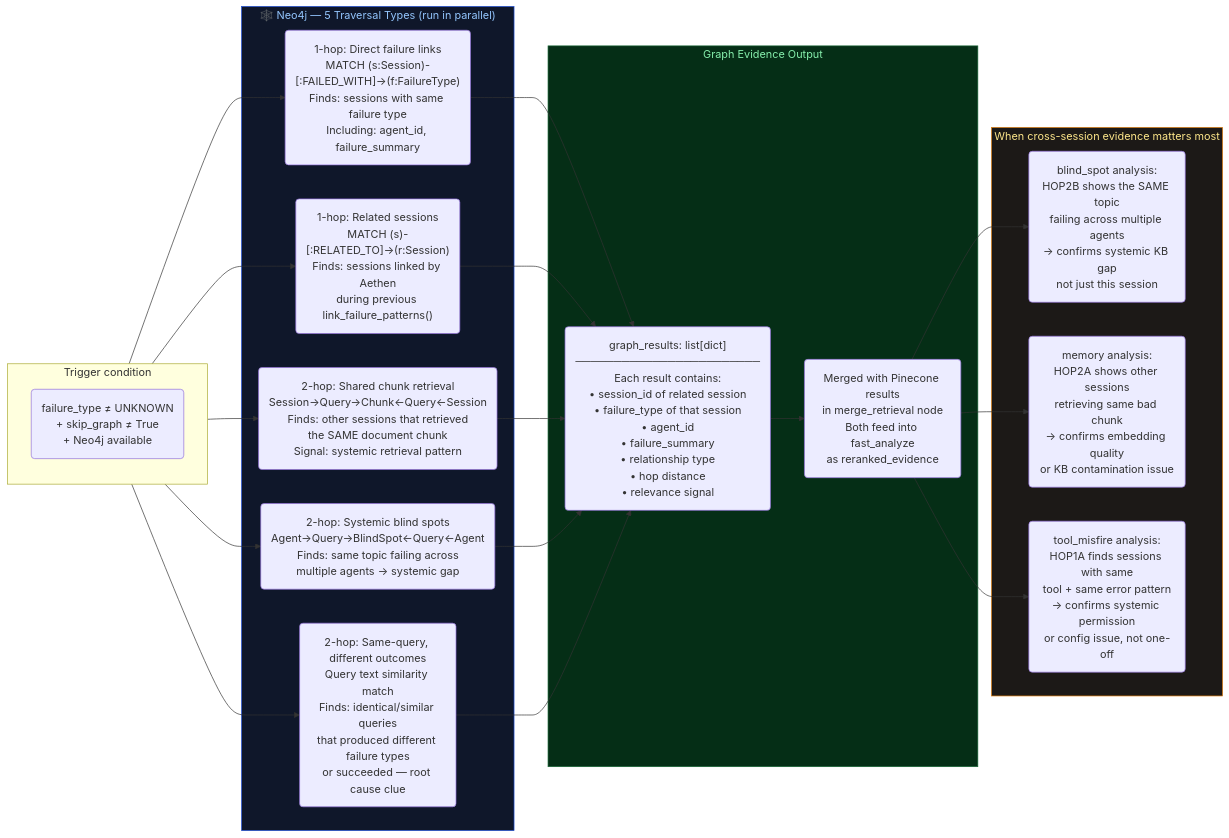
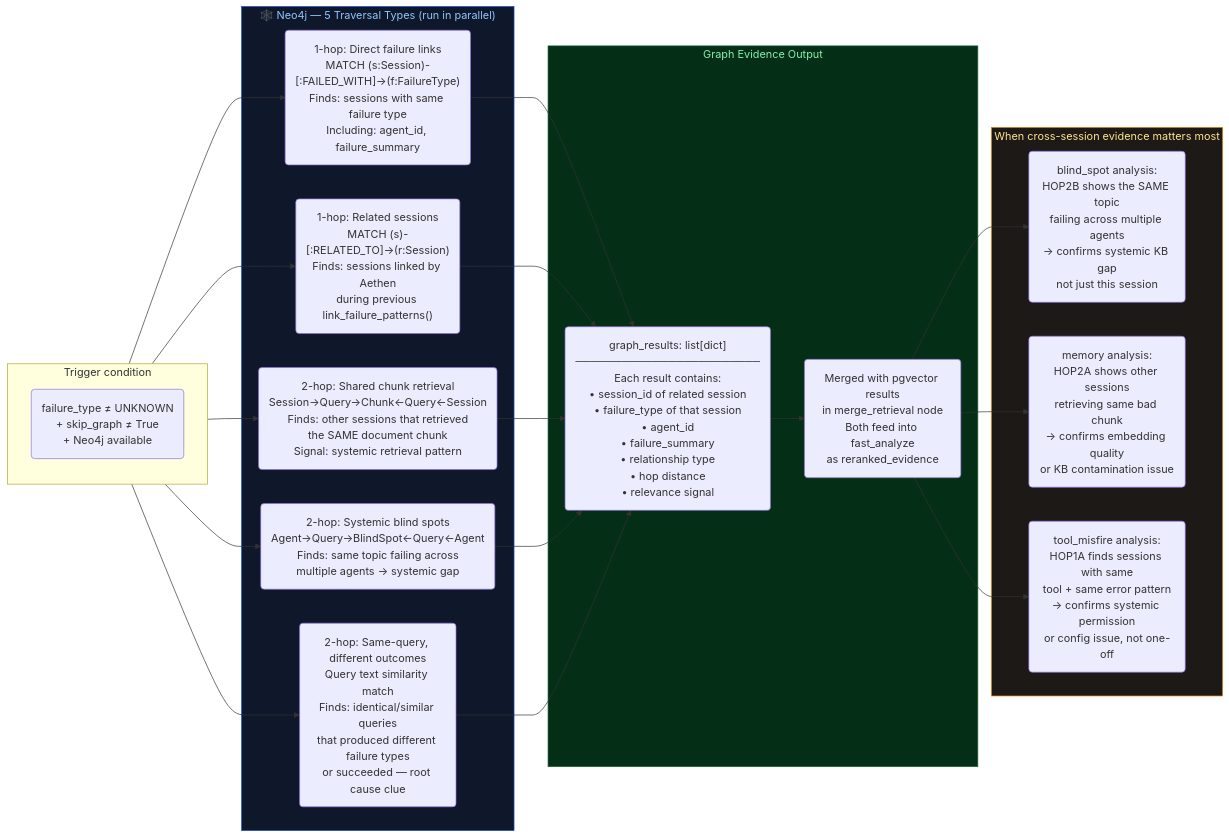
Before and after one commit to codeman403/aethen-ai: the second of 4 diagrams in docs/adal/aethen_internal_flow.md, drawn with Mermaid. The commit also changed other lines of this file and 19 other files, not shown here.

````diff
--- a/docs/adal/aethen_internal_flow.md
+++ b/docs/adal/aethen_internal_flow.md
@@ -92,35 +92,35 @@
 ```mermaid
 flowchart LR
     subgraph TRIGGER["Trigger condition"]
         T1("failure_type ≠ UNKNOWN\n+ skip_graph ≠ True\n+ Neo4j available")
     end
 
     subgraph TRAVERSALS["🕸️ Neo4j — 5 Traversal Types (run in parallel)"]
         HOP1A("1-hop: Direct failure links\nMATCH (s:Session)-[:FAILED_WITH]→(f:FailureType)\nFinds: sessions with same failure type\nIncluding: agent_id, failure_summary")
         HOP1B("1-hop: Related sessions\nMATCH (s)-[:RELATED_TO]→(r:Session)\nFinds: sessions linked by Aethen\nduring previous link_failure_patterns()")
         HOP2A("2-hop: Shared chunk retrieval\nSession→Query→Chunk←Query←Session\nFinds: other sessions that retrieved\nthe SAME document chunk\nSignal: systemic retrieval pattern")
         HOP2B("2-hop: Systemic blind spots\nAgent→Query→BlindSpot←Query←Agent\nFinds: same topic failing across\nmultiple agents → systemic gap")
         HOP2C("2-hop: Same-query, different outcomes\nQuery text similarity match\nFinds: identical/similar queries\nthat produced different failure types\nor succeeded — root cause clue")
     end
 
     subgraph OUTPUT["Graph Evidence Output"]
         GOUT("graph_results: list[dict]\n────────────────────────\nEach result contains:\n• session_id of related session\n• failure_type of that session\n• agent_id\n• failure_summary\n• relationship type\n• hop distance\n• relevance signal")
-        MERGE_NOTE("Merged with Pinecone results\nin merge_retrieval node\nBoth feed into fast_analyze\nas reranked_evidence")
+        MERGE_NOTE("Merged with pgvector results\nin merge_retrieval node\nBoth feed into fast_analyze\nas reranked_evidence")
     end
 
     TRIGGER --> HOP1A & HOP1B & HOP2A & HOP2B & HOP2C
     HOP1A & HOP1B & HOP2A & HOP2B & HOP2C --> GOUT
     GOUT --> MERGE_NOTE
 
     subgraph WHEN_USEFUL["When cross-session evidence matters most"]
         BS_USE("blind_spot analysis:\nHOP2B shows the SAME topic\nfailing across multiple agents\n→ confirms systemic KB gap\nnot just this session")
         MEM_USE("memory analysis:\nHOP2A shows other sessions\nretrieving same bad chunk\n→ confirms embedding quality\nor KB contamination issue")
         TOOL_USE("tool_misfire analysis:\nHOP1A finds sessions with same\ntool + same error pattern\n→ confirms systemic permission\nor config issue, not one-off")
     end
 
     MERGE_NOTE --> BS_USE & MEM_USE & TOOL_USE
 
     style TRAVERSALS fill:#0f172a,color:#93c5fd,stroke:#1d4ed8
     style OUTPUT fill:#052e16,color:#86efac,stroke:#166534
     style WHEN_USEFUL fill:#1c1917,color:#fde68a,stroke:#d97706
 ```
````
